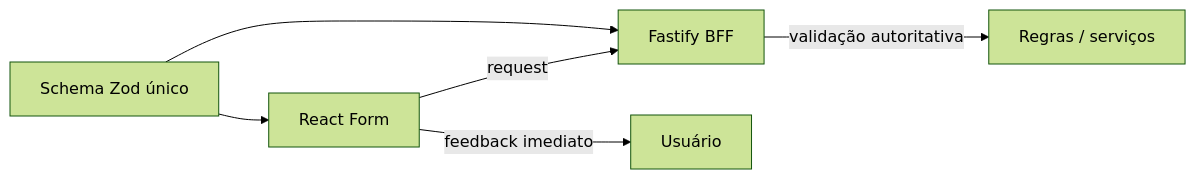
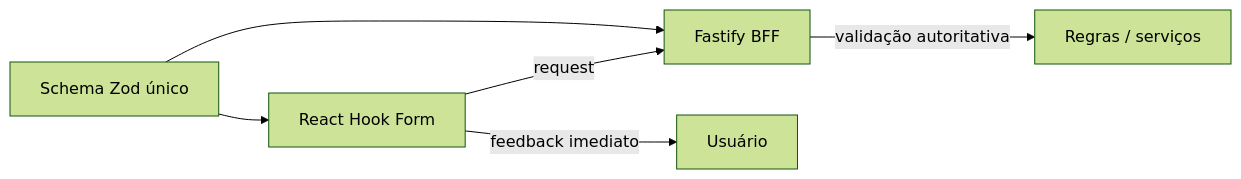
Before and after one commit to Joseafs/financial-mfe-hub: the second of 2 diagrams in README.md, drawn with Mermaid (forest theme). The commit also changed other lines of this file, not shown here.

Commit message:
docs: mature project positioning and architecture

````diff
--- a/README.md
+++ b/README.md
@@ -121,8 +171,8 @@
 ```mermaid
 flowchart LR
-  Contracts["Schema Zod único"] --> Form["React Form"]
-  Contracts --> API["Fastify BFF"]
+  Contracts["Schema Zod único"] --> Form["React Hook Form"]
+  Contracts --> BFF["Fastify BFF"]
   Form -->|"feedback imediato"| User["Usuário"]
-  Form -->|"request"| API
-  API -->|"validação autoritativa"| Domain["Regras / serviços"]
+  Form -->|"request"| BFF
+  BFF -->|"validação autoritativa"| Domain["Regras / serviços"]
 ```
````
